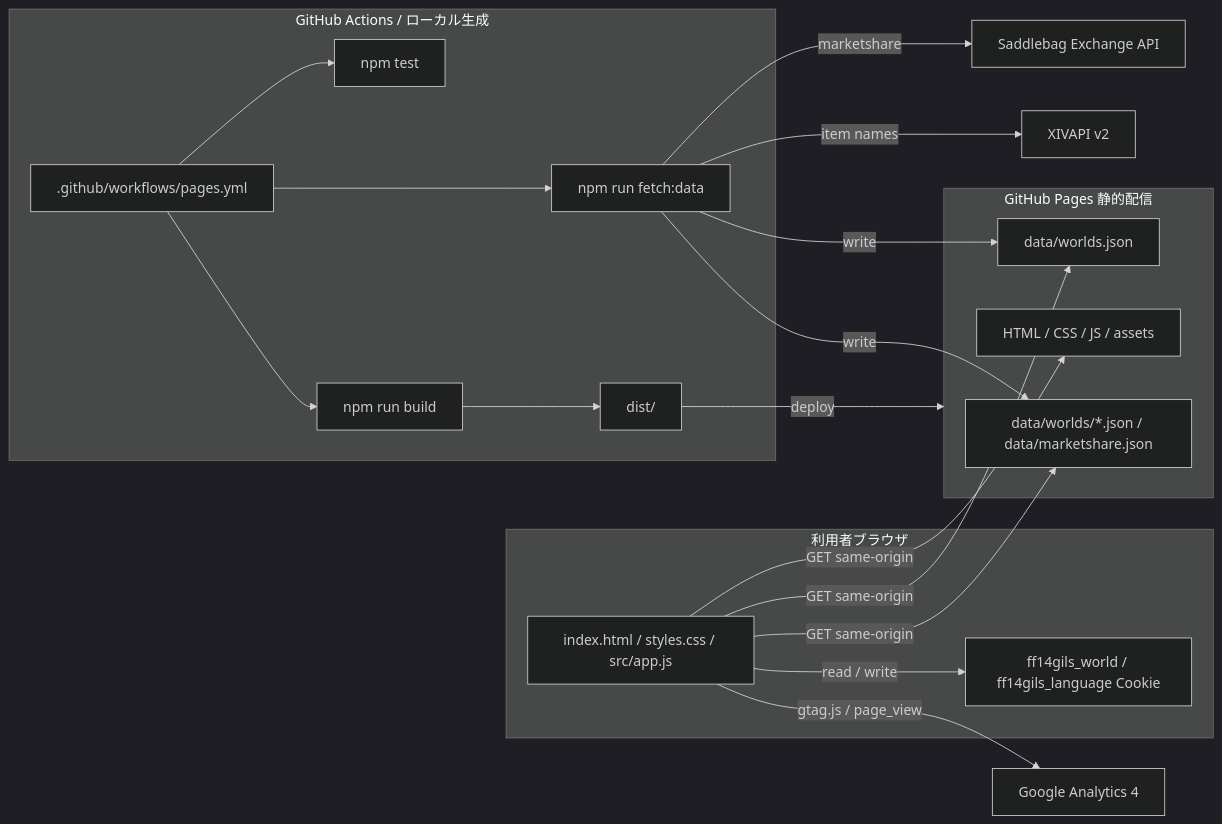
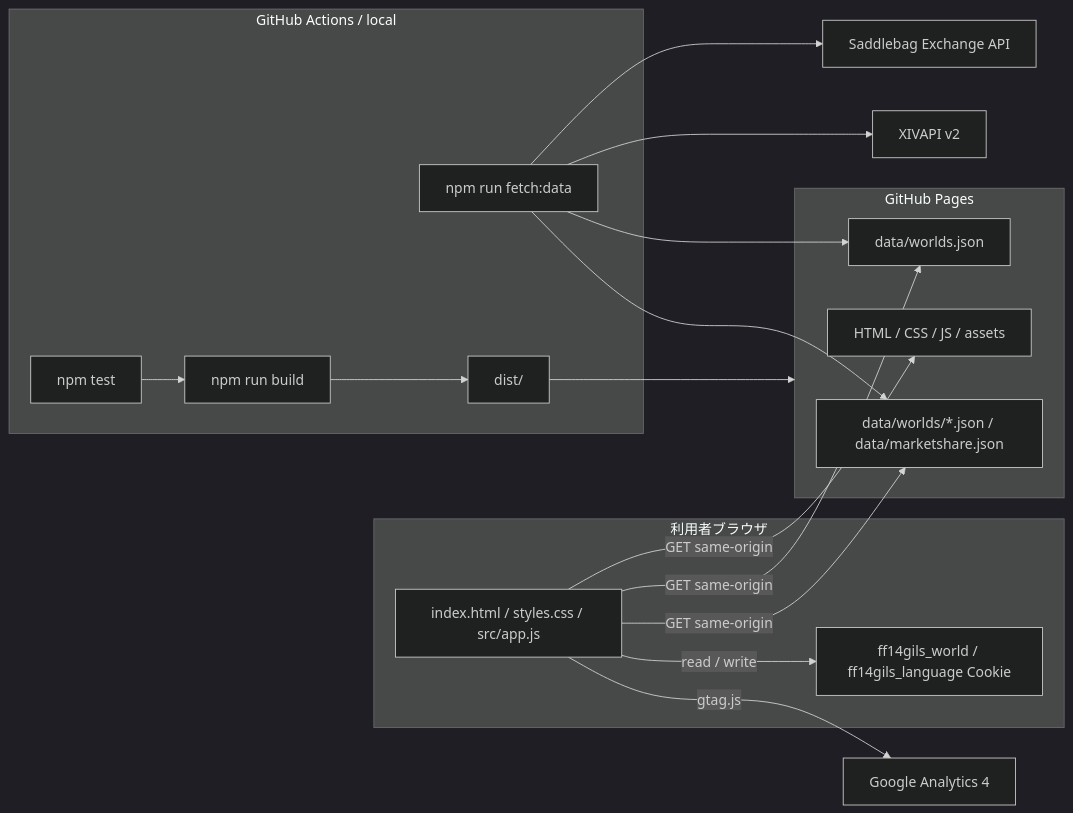
Before and after one commit to jinwktk/FF14Gils: the diagram in README.md, drawn with Mermaid (dark theme). The commit also changed other lines of this file, not shown here.

````diff
--- a/README.md
+++ b/README.md
@@ -41,41 +40,38 @@
 ```mermaid
 flowchart LR
   subgraph Browser["利用者ブラウザ"]
     Ui["index.html / styles.css / src/app.js"]
     Cookie["ff14gils_world / ff14gils_language Cookie"]
   end
 
-  subgraph Pages["GitHub Pages 静的配信"]
+  subgraph Pages["GitHub Pages"]
     Static["HTML / CSS / JS / assets"]
     WorldIndex["data/worlds.json"]
     Snapshots["data/worlds/*.json / data/marketshare.json"]
   end
 
-  subgraph Pipeline["GitHub Actions / ローカル生成"]
-    Workflow[".github/workflows/pages.yml"]
+  subgraph Pipeline["GitHub Actions / local"]
     Tests["npm test"]
     FetchData["npm run fetch:data"]
     Build["npm run build"]
     Dist["dist/"]
   end
 
   Saddlebag["Saddlebag Exchange API"]
   Xivapi["XIVAPI v2"]
   Analytics["Google Analytics 4"]
 
   Ui -->|"GET same-origin"| Static
   Ui -->|"GET same-origin"| WorldIndex
   Ui -->|"GET same-origin"| Snapshots
   Ui -->|"read / write"| Cookie
-  Ui -->|"gtag.js / page_view"| Analytics
+  Ui -->|"gtag.js"| Analytics
 
-  Workflow --> Tests
-  Workflow --> FetchData
-  Workflow --> Build
-  FetchData -->|"marketshare"| Saddlebag
-  FetchData -->|"item names"| Xivapi
-  FetchData -->|"write"| WorldIndex
-  FetchData -->|"write"| Snapshots
+  FetchData --> Saddlebag
+  FetchData --> Xivapi
+  FetchData --> WorldIndex
+  FetchData --> Snapshots
+  Tests --> Build
   Build --> Dist
-  Dist -->|"deploy"| Pages
+  Dist --> Pages
 ```
````
